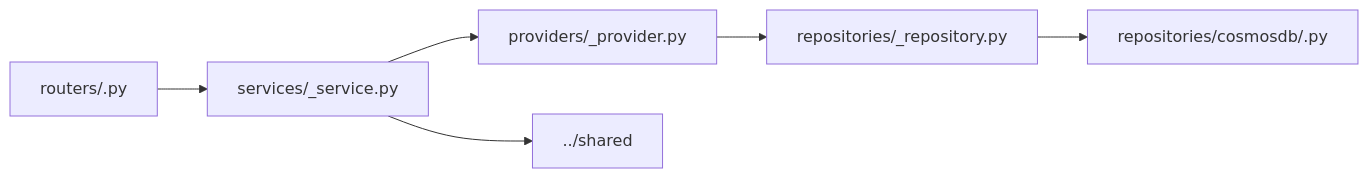
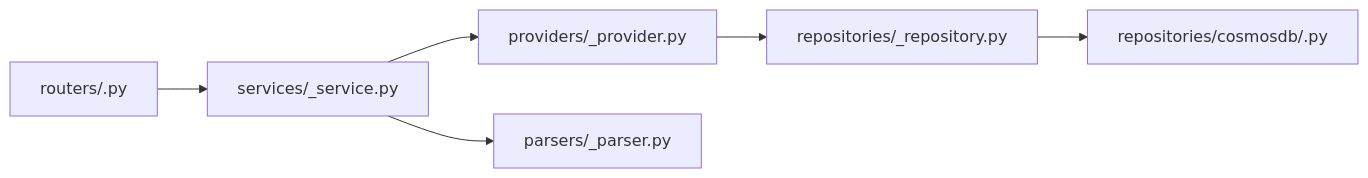
One commit to datntdev0/toolbox-media-studio changed the second of 3 diagrams in docs/architecture.md. Above: the diagram before and after it, drawn with Mermaid. The commit also changed other lines of this file and 22 other files, not shown here.

````diff
--- a/docs/architecture.md
+++ b/docs/architecture.md
@@ -86,14 +64,14 @@
 ```mermaid
 flowchart LR
     Routes["routers/<feature>.py"]
     Services["services/<feature>_service.py"]
     Providers["providers/<adapter>_provider.py"]
+    Parsers["parsers/<site>_parser.py"]
     Repos["repositories/<entity>_repository.py"]
     CosmosRepos["repositories/cosmosdb/<entity>.py"]
-    Shared["../shared"]
 
     Routes --> Services
     Services --> Providers
     Providers --> Repos --> CosmosRepos
-    Services --> Shared
+    Services --> Parsers
 ```
````
